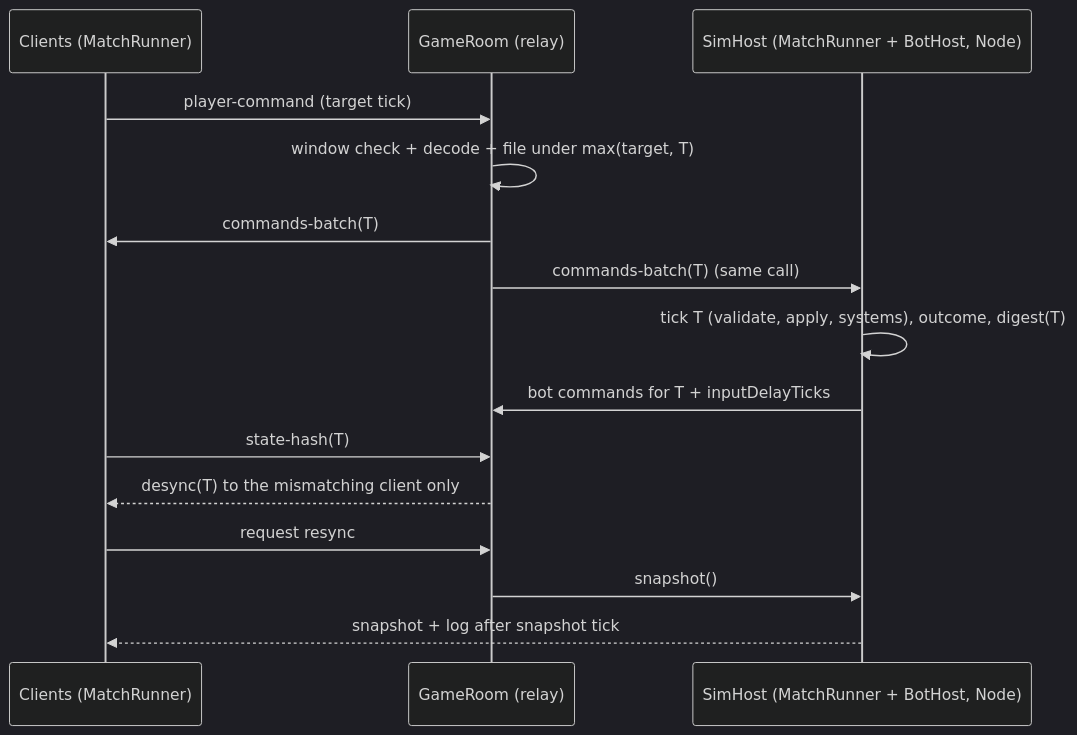
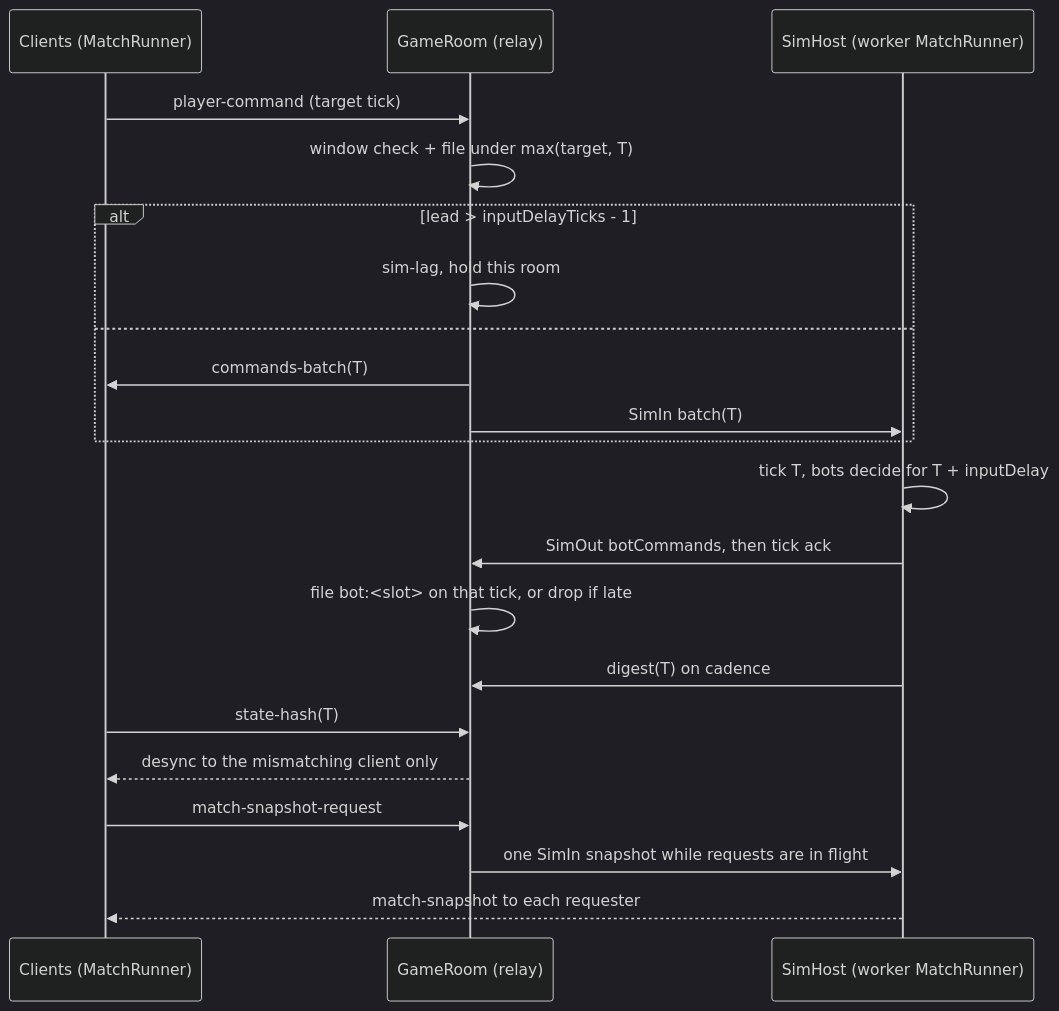
The diagram in docs/design/server-sim.md (phaeton-forge/phalanx-engine), drawn with Mermaid (dark theme) before and after one commit. The commit also changed other lines of this file and 33 other files, not shown here.

First line of the commit message:
[runtime 11] Server: SimHost (worker sim, bot slots, hash arbiter, snapshots) (#76)

````diff
--- a/docs/design/server-sim.md
+++ b/docs/design/server-sim.md
@@ -106,17 +140,23 @@
 ```mermaid
 sequenceDiagram
   participant C as Clients (MatchRunner)
   participant GR as GameRoom (relay)
-  participant SH as SimHost (MatchRunner + BotHost, Node)
+  participant SH as SimHost (worker MatchRunner)
   C->>GR: player-command (target tick)
-  GR->>GR: window check + decode + file under max(target, T)
-  GR->>C: commands-batch(T)
-  GR->>SH: commands-batch(T) (same call)
-  SH->>SH: tick T (validate, apply, systems), outcome, digest(T)
-  SH->>GR: bot commands for T + inputDelayTicks
+  GR->>GR: window check + file under max(target, T)
+  alt lead > inputDelayTicks - 1
+    GR->>GR: sim-lag, hold this room
+  else
+    GR->>C: commands-batch(T)
+    GR->>SH: SimIn batch(T)
+  end
+  SH->>SH: tick T, bots decide for T + inputDelay
+  SH->>GR: SimOut botCommands, then tick ack
+  GR->>GR: file bot:<slot> on that tick, or drop if late
+  SH->>GR: digest(T) on cadence
   C->>GR: state-hash(T)
-  GR-->>C: desync(T) to the mismatching client only
-  C->>GR: request resync
-  GR->>SH: snapshot()
-  SH-->>C: snapshot + log after snapshot tick
+  GR-->>C: desync to the mismatching client only
+  C->>GR: match-snapshot-request
+  GR->>SH: one SimIn snapshot while requests are in flight
+  SH-->>C: match-snapshot to each requester
 ```
````
